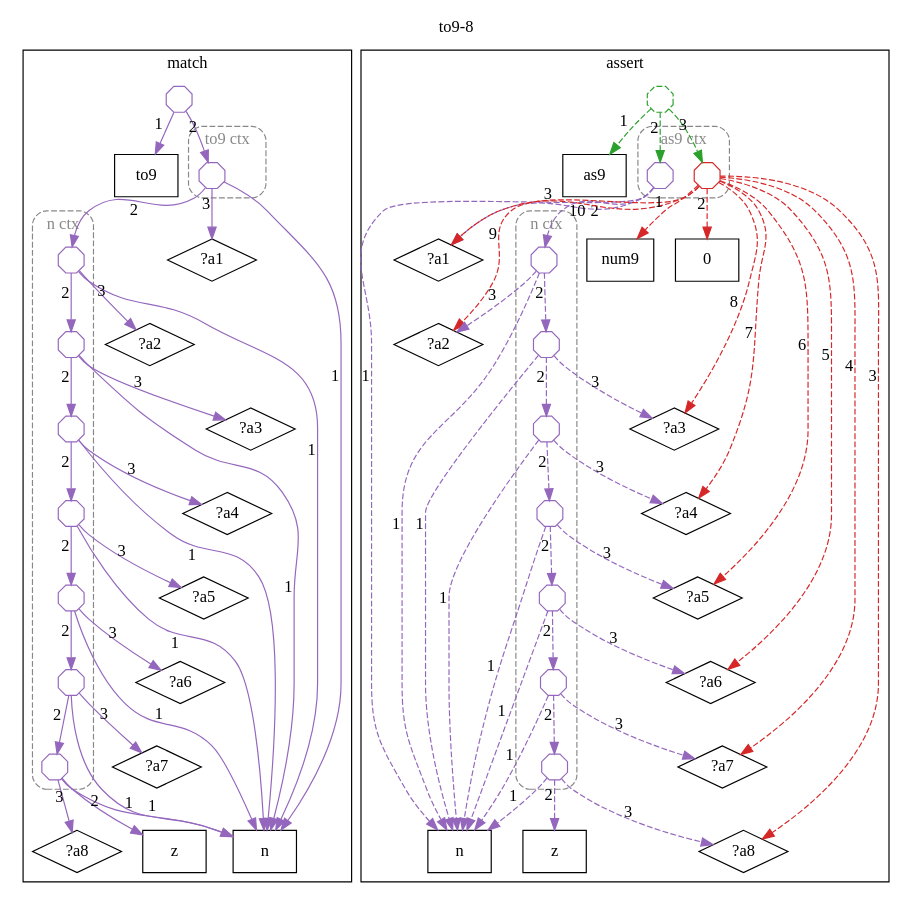
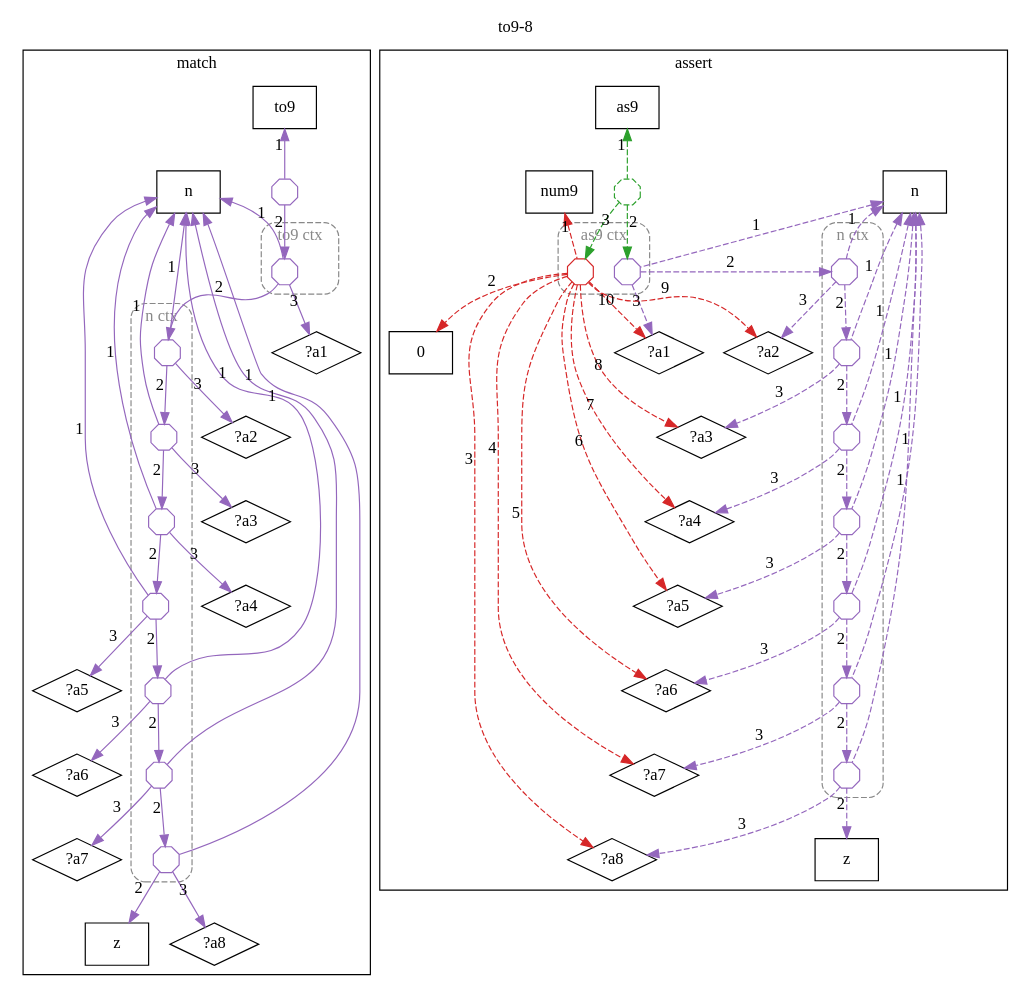
One commit to agutikov/ein changed the diagram in docs/ein/user/04-reference/04-stdlib/diagrams/17-std.math.num9.to9-8.dot. Above: the diagram before and after it, drawn with Graphviz. The commit also changed 1275 other files, not shown here.

```diff
--- a/docs/ein/user/04-reference/04-stdlib/diagrams/17-std.math.num9.to9-8.dot
+++ b/docs/ein/user/04-reference/04-stdlib/diagrams/17-std.math.num9.to9-8.dot
@@ -1,126 +1,126 @@
 digraph rule_to9_8_lhs_rhs {
   rankdir=TB;
   label="to9-8"; labelloc=t;
   subgraph cluster_lhs { label="match";
     "to9_L" [label="to9", shape=box];
     "n_L" [label="n", shape=box];
     "z_L" [label="z", shape=box];
     "?a8_L" [label="?a8", shape=diamond];
     "?a7_L" [label="?a7", shape=diamond];
     "?a6_L" [label="?a6", shape=diamond];
     "?a5_L" [label="?a5", shape=diamond];
     "?a4_L" [label="?a4", shape=diamond];
     "?a3_L" [label="?a3", shape=diamond];
     "?a2_L" [label="?a2", shape=diamond];
     "?a1_L" [label="?a1", shape=diamond];
     subgraph cluster_ctx_L_0 {
       label="n ctx"; style="dashed,rounded"; color="#888888"; fontcolor="#888888";
       "(n (n (n (n (n (n (n z ?a8) ?a7) ?a6) ?a5) ?a4) ?a3) ?a2)_L" [shape=octagon, label="", width=0.3, height=0.3, fixedsize=true, color="#9467bd"];
       "(n (n (n (n (n (n z ?a8) ?a7) ?a6) ?a5) ?a4) ?a3)_L" [shape=octagon, label="", width=0.3, height=0.3, fixedsize=true, color="#9467bd"];
       "(n (n (n (n (n z ?a8) ?a7) ?a6) ?a5) ?a4)_L" [shape=octagon, label="", width=0.3, height=0.3, fixedsize=true, color="#9467bd"];
       "(n (n (n (n z ?a8) ?a7) ?a6) ?a5)_L" [shape=octagon, label="", width=0.3, height=0.3, fixedsize=true, color="#9467bd"];
       "(n (n (n z ?a8) ?a7) ?a6)_L" [shape=octagon, label="", width=0.3, height=0.3, fixedsize=true, color="#9467bd"];
       "(n (n z ?a8) ?a7)_L" [shape=octagon, label="", width=0.3, height=0.3, fixedsize=true, color="#9467bd"];
       "(n z ?a8)_L" [shape=octagon, label="", width=0.3, height=0.3, fixedsize=true, color="#9467bd"];
     }
     subgraph cluster_ctx_L_1 {
       label="to9 ctx"; style="dashed,rounded"; color="#888888"; fontcolor="#888888";
       "(n (n (n (n (n (n (n (n z ?a8) ?a7) ?a6) ?a5) ?a4) ?a3) ?a2) ?a1)_L" [shape=octagon, label="", width=0.3, height=0.3, fixedsize=true, color="#9467bd"];
     }
     "h1_to9_L" [shape=octagon, label="", width=0.3, height=0.3, fixedsize=true, color="#9467bd"];
-    "h1_to9_L" -> "to9_L" [xlabel="1", color="#9467bd"];
+    "to9_L" -> "h1_to9_L" [xlabel="1", dir=back, color="#9467bd"];
     "h1_to9_L" -> "(n (n (n (n (n (n (n (n z ?a8) ?a7) ?a6) ?a5) ?a4) ?a3) ?a2) ?a1)_L" [xlabel="2", color="#9467bd"];
-    "(n (n (n (n (n (n (n (n z ?a8) ?a7) ?a6) ?a5) ?a4) ?a3) ?a2) ?a1)_L" -> "n_L" [xlabel="1", color="#9467bd"];
+    "n_L" -> "(n (n (n (n (n (n (n (n z ?a8) ?a7) ?a6) ?a5) ?a4) ?a3) ?a2) ?a1)_L" [xlabel="1", dir=back, color="#9467bd"];
     "(n (n (n (n (n (n (n (n z ?a8) ?a7) ?a6) ?a5) ?a4) ?a3) ?a2) ?a1)_L" -> "(n (n (n (n (n (n (n z ?a8) ?a7) ?a6) ?a5) ?a4) ?a3) ?a2)_L" [xlabel="2", color="#9467bd"];
     "(n (n (n (n (n (n (n (n z ?a8) ?a7) ?a6) ?a5) ?a4) ?a3) ?a2) ?a1)_L" -> "?a1_L" [xlabel="3", color="#9467bd"];
-    "(n (n (n (n (n (n (n z ?a8) ?a7) ?a6) ?a5) ?a4) ?a3) ?a2)_L" -> "n_L" [xlabel="1", color="#9467bd"];
+    "n_L" -> "(n (n (n (n (n (n (n z ?a8) ?a7) ?a6) ?a5) ?a4) ?a3) ?a2)_L" [xlabel="1", dir=back, color="#9467bd"];
     "(n (n (n (n (n (n (n z ?a8) ?a7) ?a6) ?a5) ?a4) ?a3) ?a2)_L" -> "(n (n (n (n (n (n z ?a8) ?a7) ?a6) ?a5) ?a4) ?a3)_L" [xlabel="2", color="#9467bd"];
     "(n (n (n (n (n (n (n z ?a8) ?a7) ?a6) ?a5) ?a4) ?a3) ?a2)_L" -> "?a2_L" [xlabel="3", color="#9467bd"];
-    "(n (n (n (n (n (n z ?a8) ?a7) ?a6) ?a5) ?a4) ?a3)_L" -> "n_L" [xlabel="1", color="#9467bd"];
+    "n_L" -> "(n (n (n (n (n (n z ?a8) ?a7) ?a6) ?a5) ?a4) ?a3)_L" [xlabel="1", dir=back, color="#9467bd"];
     "(n (n (n (n (n (n z ?a8) ?a7) ?a6) ?a5) ?a4) ?a3)_L" -> "(n (n (n (n (n z ?a8) ?a7) ?a6) ?a5) ?a4)_L" [xlabel="2", color="#9467bd"];
     "(n (n (n (n (n (n z ?a8) ?a7) ?a6) ?a5) ?a4) ?a3)_L" -> "?a3_L" [xlabel="3", color="#9467bd"];
-    "(n (n (n (n (n z ?a8) ?a7) ?a6) ?a5) ?a4)_L" -> "n_L" [xlabel="1", color="#9467bd"];
+    "n_L" -> "(n (n (n (n (n z ?a8) ?a7) ?a6) ?a5) ?a4)_L" [xlabel="1", dir=back, color="#9467bd"];
     "(n (n (n (n (n z ?a8) ?a7) ?a6) ?a5) ?a4)_L" -> "(n (n (n (n z ?a8) ?a7) ?a6) ?a5)_L" [xlabel="2", color="#9467bd"];
     "(n (n (n (n (n z ?a8) ?a7) ?a6) ?a5) ?a4)_L" -> "?a4_L" [xlabel="3", color="#9467bd"];
-    "(n (n (n (n z ?a8) ?a7) ?a6) ?a5)_L" -> "n_L" [xlabel="1", color="#9467bd"];
+    "n_L" -> "(n (n (n (n z ?a8) ?a7) ?a6) ?a5)_L" [xlabel="1", dir=back, color="#9467bd"];
     "(n (n (n (n z ?a8) ?a7) ?a6) ?a5)_L" -> "(n (n (n z ?a8) ?a7) ?a6)_L" [xlabel="2", color="#9467bd"];
     "(n (n (n (n z ?a8) ?a7) ?a6) ?a5)_L" -> "?a5_L" [xlabel="3", color="#9467bd"];
-    "(n (n (n z ?a8) ?a7) ?a6)_L" -> "n_L" [xlabel="1", color="#9467bd"];
+    "n_L" -> "(n (n (n z ?a8) ?a7) ?a6)_L" [xlabel="1", dir=back, color="#9467bd"];
     "(n (n (n z ?a8) ?a7) ?a6)_L" -> "(n (n z ?a8) ?a7)_L" [xlabel="2", color="#9467bd"];
     "(n (n (n z ?a8) ?a7) ?a6)_L" -> "?a6_L" [xlabel="3", color="#9467bd"];
-    "(n (n z ?a8) ?a7)_L" -> "n_L" [xlabel="1", color="#9467bd"];
+    "n_L" -> "(n (n z ?a8) ?a7)_L" [xlabel="1", dir=back, color="#9467bd"];
     "(n (n z ?a8) ?a7)_L" -> "(n z ?a8)_L" [xlabel="2", color="#9467bd"];
     "(n (n z ?a8) ?a7)_L" -> "?a7_L" [xlabel="3", color="#9467bd"];
-    "(n z ?a8)_L" -> "n_L" [xlabel="1", color="#9467bd"];
+    "n_L" -> "(n z ?a8)_L" [xlabel="1", dir=back, color="#9467bd"];
     "(n z ?a8)_L" -> "z_L" [xlabel="2", color="#9467bd"];
     "(n z ?a8)_L" -> "?a8_L" [xlabel="3", color="#9467bd"];
   }
   subgraph cluster_rhs { label="assert";
     "as9_R" [label="as9", shape=box];
     "n_R" [label="n", shape=box];
     "z_R" [label="z", shape=box];
     "?a8_R" [label="?a8", shape=diamond];
     "?a7_R" [label="?a7", shape=diamond];
     "?a6_R" [label="?a6", shape=diamond];
     "?a5_R" [label="?a5", shape=diamond];
     "?a4_R" [label="?a4", shape=diamond];
     "?a3_R" [label="?a3", shape=diamond];
     "?a2_R" [label="?a2", shape=diamond];
     "?a1_R" [label="?a1", shape=diamond];
     "num9_R" [label="num9", shape=box];
     "0_R" [label="0", shape=box];
     subgraph cluster_ctx_R_0 {
       label="as9 ctx"; style="dashed,rounded"; color="#888888"; fontcolor="#888888";
       "(n (n (n (n (n (n (n (n z ?a8) ?a7) ?a6) ?a5) ?a4) ?a3) ?a2) ?a1)_R" [shape=octagon, label="", width=0.3, height=0.3, fixedsize=true, color="#9467bd"];
       "(num9 0 ?a8 ?a7 ?a6 ?a5 ?a4 ?a3 ?a2 ?a1)_R" [shape=octagon, label="", width=0.3, height=0.3, fixedsize=true, color="#d62728"];
     }
     subgraph cluster_ctx_R_1 {
       label="n ctx"; style="dashed,rounded"; color="#888888"; fontcolor="#888888";
       "(n (n (n (n (n (n (n z ?a8) ?a7) ?a6) ?a5) ?a4) ?a3) ?a2)_R" [shape=octagon, label="", width=0.3, height=0.3, fixedsize=true, color="#9467bd"];
       "(n (n (n (n (n (n z ?a8) ?a7) ?a6) ?a5) ?a4) ?a3)_R" [shape=octagon, label="", width=0.3, height=0.3, fixedsize=true, color="#9467bd"];
       "(n (n (n (n (n z ?a8) ?a7) ?a6) ?a5) ?a4)_R" [shape=octagon, label="", width=0.3, height=0.3, fixedsize=true, color="#9467bd"];
       "(n (n (n (n z ?a8) ?a7) ?a6) ?a5)_R" [shape=octagon, label="", width=0.3, height=0.3, fixedsize=true, color="#9467bd"];
       "(n (n (n z ?a8) ?a7) ?a6)_R" [shape=octagon, label="", width=0.3, height=0.3, fixedsize=true, color="#9467bd"];
       "(n (n z ?a8) ?a7)_R" [shape=octagon, label="", width=0.3, height=0.3, fixedsize=true, color="#9467bd"];
       "(n z ?a8)_R" [shape=octagon, label="", width=0.3, height=0.3, fixedsize=true, color="#9467bd"];
     }
     "h2_as9_R" [shape=octagon, label="", width=0.3, height=0.3, fixedsize=true, color="#2ca02c", style=dashed];
-    "h2_as9_R" -> "as9_R" [xlabel="1", color="#2ca02c", style=dashed];
+    "as9_R" -> "h2_as9_R" [xlabel="1", dir=back, color="#2ca02c", style=dashed];
     "h2_as9_R" -> "(n (n (n (n (n (n (n (n z ?a8) ?a7) ?a6) ?a5) ?a4) ?a3) ?a2) ?a1)_R" [xlabel="2", color="#2ca02c", style=dashed];
     "h2_as9_R" -> "(num9 0 ?a8 ?a7 ?a6 ?a5 ?a4 ?a3 ?a2 ?a1)_R" [xlabel="3", color="#2ca02c", style=dashed];
-    "(n (n (n (n (n (n (n (n z ?a8) ?a7) ?a6) ?a5) ?a4) ?a3) ?a2) ?a1)_R" -> "n_R" [xlabel="1", color="#9467bd", style=dashed];
+    "n_R" -> "(n (n (n (n (n (n (n (n z ?a8) ?a7) ?a6) ?a5) ?a4) ?a3) ?a2) ?a1)_R" [xlabel="1", dir=back, color="#9467bd", style=dashed];
     "(n (n (n (n (n (n (n (n z ?a8) ?a7) ?a6) ?a5) ?a4) ?a3) ?a2) ?a1)_R" -> "(n (n (n (n (n (n (n z ?a8) ?a7) ?a6) ?a5) ?a4) ?a3) ?a2)_R" [xlabel="2", color="#9467bd", style=dashed];
     "(n (n (n (n (n (n (n (n z ?a8) ?a7) ?a6) ?a5) ?a4) ?a3) ?a2) ?a1)_R" -> "?a1_R" [xlabel="3", color="#9467bd", style=dashed];
-    "(n (n (n (n (n (n (n z ?a8) ?a7) ?a6) ?a5) ?a4) ?a3) ?a2)_R" -> "n_R" [xlabel="1", color="#9467bd", style=dashed];
+    "n_R" -> "(n (n (n (n (n (n (n z ?a8) ?a7) ?a6) ?a5) ?a4) ?a3) ?a2)_R" [xlabel="1", dir=back, color="#9467bd", style=dashed];
     "(n (n (n (n (n (n (n z ?a8) ?a7) ?a6) ?a5) ?a4) ?a3) ?a2)_R" -> "(n (n (n (n (n (n z ?a8) ?a7) ?a6) ?a5) ?a4) ?a3)_R" [xlabel="2", color="#9467bd", style=dashed];
     "(n (n (n (n (n (n (n z ?a8) ?a7) ?a6) ?a5) ?a4) ?a3) ?a2)_R" -> "?a2_R" [xlabel="3", color="#9467bd", style=dashed];
-    "(n (n (n (n (n (n z ?a8) ?a7) ?a6) ?a5) ?a4) ?a3)_R" -> "n_R" [xlabel="1", color="#9467bd", style=dashed];
+    "n_R" -> "(n (n (n (n (n (n z ?a8) ?a7) ?a6) ?a5) ?a4) ?a3)_R" [xlabel="1", dir=back, color="#9467bd", style=dashed];
     "(n (n (n (n (n (n z ?a8) ?a7) ?a6) ?a5) ?a4) ?a3)_R" -> "(n (n (n (n (n z ?a8) ?a7) ?a6) ?a5) ?a4)_R" [xlabel="2", color="#9467bd", style=dashed];
     "(n (n (n (n (n (n z ?a8) ?a7) ?a6) ?a5) ?a4) ?a3)_R" -> "?a3_R" [xlabel="3", color="#9467bd", style=dashed];
-    "(n (n (n (n (n z ?a8) ?a7) ?a6) ?a5) ?a4)_R" -> "n_R" [xlabel="1", color="#9467bd", style=dashed];
+    "n_R" -> "(n (n (n (n (n z ?a8) ?a7) ?a6) ?a5) ?a4)_R" [xlabel="1", dir=back, color="#9467bd", style=dashed];
     "(n (n (n (n (n z ?a8) ?a7) ?a6) ?a5) ?a4)_R" -> "(n (n (n (n z ?a8) ?a7) ?a6) ?a5)_R" [xlabel="2", color="#9467bd", style=dashed];
     "(n (n (n (n (n z ?a8) ?a7) ?a6) ?a5) ?a4)_R" -> "?a4_R" [xlabel="3", color="#9467bd", style=dashed];
-    "(n (n (n (n z ?a8) ?a7) ?a6) ?a5)_R" -> "n_R" [xlabel="1", color="#9467bd", style=dashed];
+    "n_R" -> "(n (n (n (n z ?a8) ?a7) ?a6) ?a5)_R" [xlabel="1", dir=back, color="#9467bd", style=dashed];
     "(n (n (n (n z ?a8) ?a7) ?a6) ?a5)_R" -> "(n (n (n z ?a8) ?a7) ?a6)_R" [xlabel="2", color="#9467bd", style=dashed];
     "(n (n (n (n z ?a8) ?a7) ?a6) ?a5)_R" -> "?a5_R" [xlabel="3", color="#9467bd", style=dashed];
-    "(n (n (n z ?a8) ?a7) ?a6)_R" -> "n_R" [xlabel="1", color="#9467bd", style=dashed];
+    "n_R" -> "(n (n (n z ?a8) ?a7) ?a6)_R" [xlabel="1", dir=back, color="#9467bd", style=dashed];
     "(n (n (n z ?a8) ?a7) ?a6)_R" -> "(n (n z ?a8) ?a7)_R" [xlabel="2", color="#9467bd", style=dashed];
     "(n (n (n z ?a8) ?a7) ?a6)_R" -> "?a6_R" [xlabel="3", color="#9467bd", style=dashed];
-    "(n (n z ?a8) ?a7)_R" -> "n_R" [xlabel="1", color="#9467bd", style=dashed];
+    "n_R" -> "(n (n z ?a8) ?a7)_R" [xlabel="1", dir=back, color="#9467bd", style=dashed];
     "(n (n z ?a8) ?a7)_R" -> "(n z ?a8)_R" [xlabel="2", color="#9467bd", style=dashed];
     "(n (n z ?a8) ?a7)_R" -> "?a7_R" [xlabel="3", color="#9467bd", style=dashed];
-    "(n z ?a8)_R" -> "n_R" [xlabel="1", color="#9467bd", style=dashed];
+    "n_R" -> "(n z ?a8)_R" [xlabel="1", dir=back, color="#9467bd", style=dashed];
     "(n z ?a8)_R" -> "z_R" [xlabel="2", color="#9467bd", style=dashed];
     "(n z ?a8)_R" -> "?a8_R" [xlabel="3", color="#9467bd", style=dashed];
-    "(num9 0 ?a8 ?a7 ?a6 ?a5 ?a4 ?a3 ?a2 ?a1)_R" -> "num9_R" [xlabel="1", color="#d62728", style=dashed];
+    "num9_R" -> "(num9 0 ?a8 ?a7 ?a6 ?a5 ?a4 ?a3 ?a2 ?a1)_R" [xlabel="1", dir=back, color="#d62728", style=dashed];
     "(num9 0 ?a8 ?a7 ?a6 ?a5 ?a4 ?a3 ?a2 ?a1)_R" -> "0_R" [xlabel="2", color="#d62728", style=dashed];
     "(num9 0 ?a8 ?a7 ?a6 ?a5 ?a4 ?a3 ?a2 ?a1)_R" -> "?a8_R" [xlabel="3", color="#d62728", style=dashed];
     "(num9 0 ?a8 ?a7 ?a6 ?a5 ?a4 ?a3 ?a2 ?a1)_R" -> "?a7_R" [xlabel="4", color="#d62728", style=dashed];
     "(num9 0 ?a8 ?a7 ?a6 ?a5 ?a4 ?a3 ?a2 ?a1)_R" -> "?a6_R" [xlabel="5", color="#d62728", style=dashed];
     "(num9 0 ?a8 ?a7 ?a6 ?a5 ?a4 ?a3 ?a2 ?a1)_R" -> "?a5_R" [xlabel="6", color="#d62728", style=dashed];
     "(num9 0 ?a8 ?a7 ?a6 ?a5 ?a4 ?a3 ?a2 ?a1)_R" -> "?a4_R" [xlabel="7", color="#d62728", style=dashed];
     "(num9 0 ?a8 ?a7 ?a6 ?a5 ?a4 ?a3 ?a2 ?a1)_R" -> "?a3_R" [xlabel="8", color="#d62728", style=dashed];
     "(num9 0 ?a8 ?a7 ?a6 ?a5 ?a4 ?a3 ?a2 ?a1)_R" -> "?a2_R" [xlabel="9", color="#d62728", style=dashed];
     "(num9 0 ?a8 ?a7 ?a6 ?a5 ?a4 ?a3 ?a2 ?a1)_R" -> "?a1_R" [xlabel="10", color="#d62728", style=dashed];
   }
 }
```
